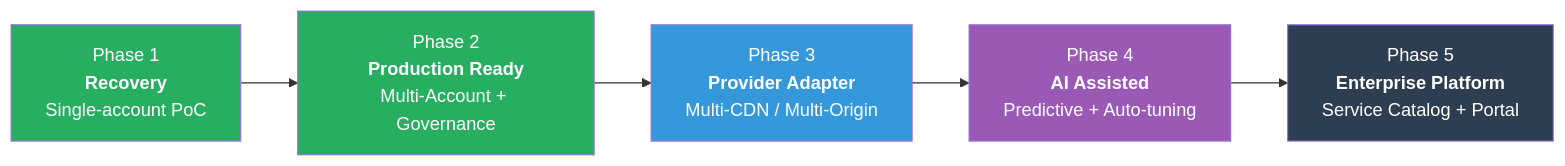
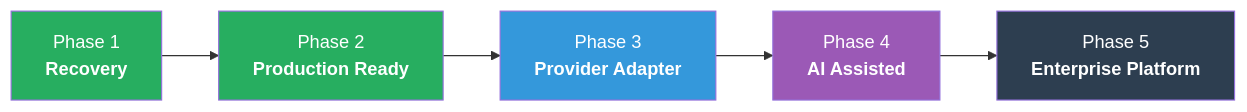
One commit to simson0130/eerf changed the third of 3 diagrams in README.md. Above: the diagram before and after it, drawn with Mermaid. The commit also changed other lines of this file, not shown here.

Commit message:
docs: reframe as Enterprise Engineering Framework — restructure README with framework positioning, design principles, documentation hierarchy

````diff
--- a/README.md
+++ b/README.md
@@ -220,16 +193,16 @@
 ```mermaid
 graph LR
-    P1["Phase 1<br/><b>Recovery</b><br/>Single-account PoC"]
-    P2["Phase 2<br/><b>Production Ready</b><br/>Multi-Account + Governance"]
-    P3["Phase 3<br/><b>Provider Adapter</b><br/>Multi-CDN / Multi-Origin"]
-    P4["Phase 4<br/><b>AI Assisted</b><br/>Predictive + Auto-tuning"]
-    P5["Phase 5<br/><b>Enterprise Platform</b><br/>Service Catalog + Portal"]
+    P1["Phase 1<br/><b>Recovery</b>"]
+    P2["Phase 2<br/><b>Production Ready</b>"]
+    P3["Phase 3<br/><b>Provider Adapter</b>"]
+    P4["Phase 4<br/><b>AI Assisted</b>"]
+    P5["Phase 5<br/><b>Enterprise Platform</b>"]
 
     P1 --> P2 --> P3 --> P4 --> P5
 
     style P1 fill:#27ae60,color:#fff
     style P2 fill:#27ae60,color:#fff
     style P3 fill:#3498db,color:#fff
     style P4 fill:#9b59b6,color:#fff
     style P5 fill:#2d3e50,color:#fff
 ```
````
